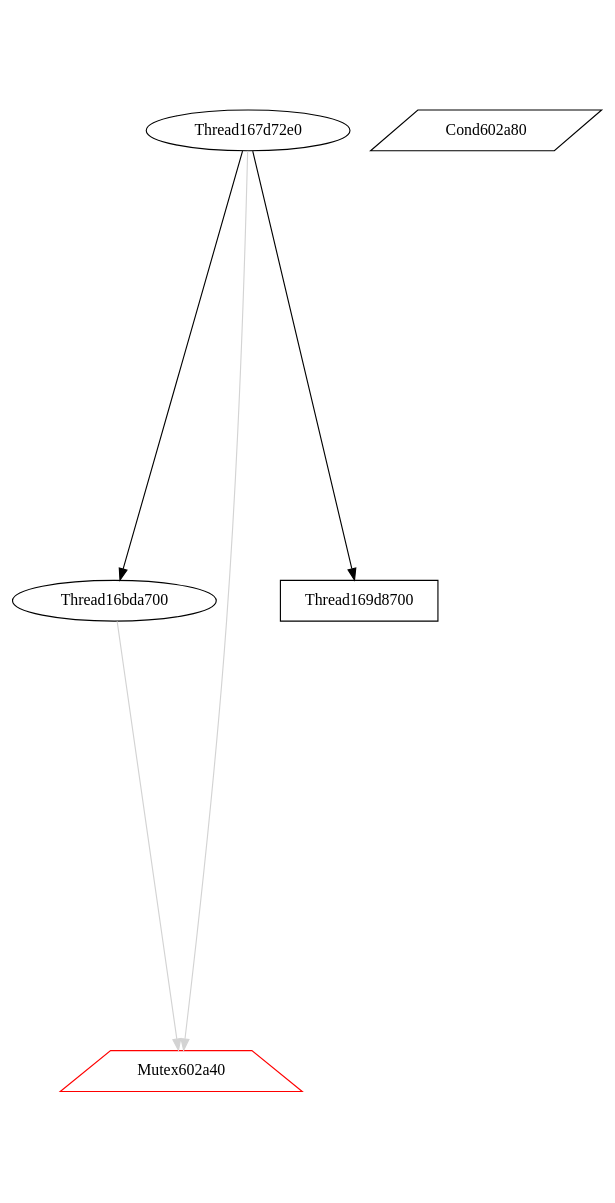
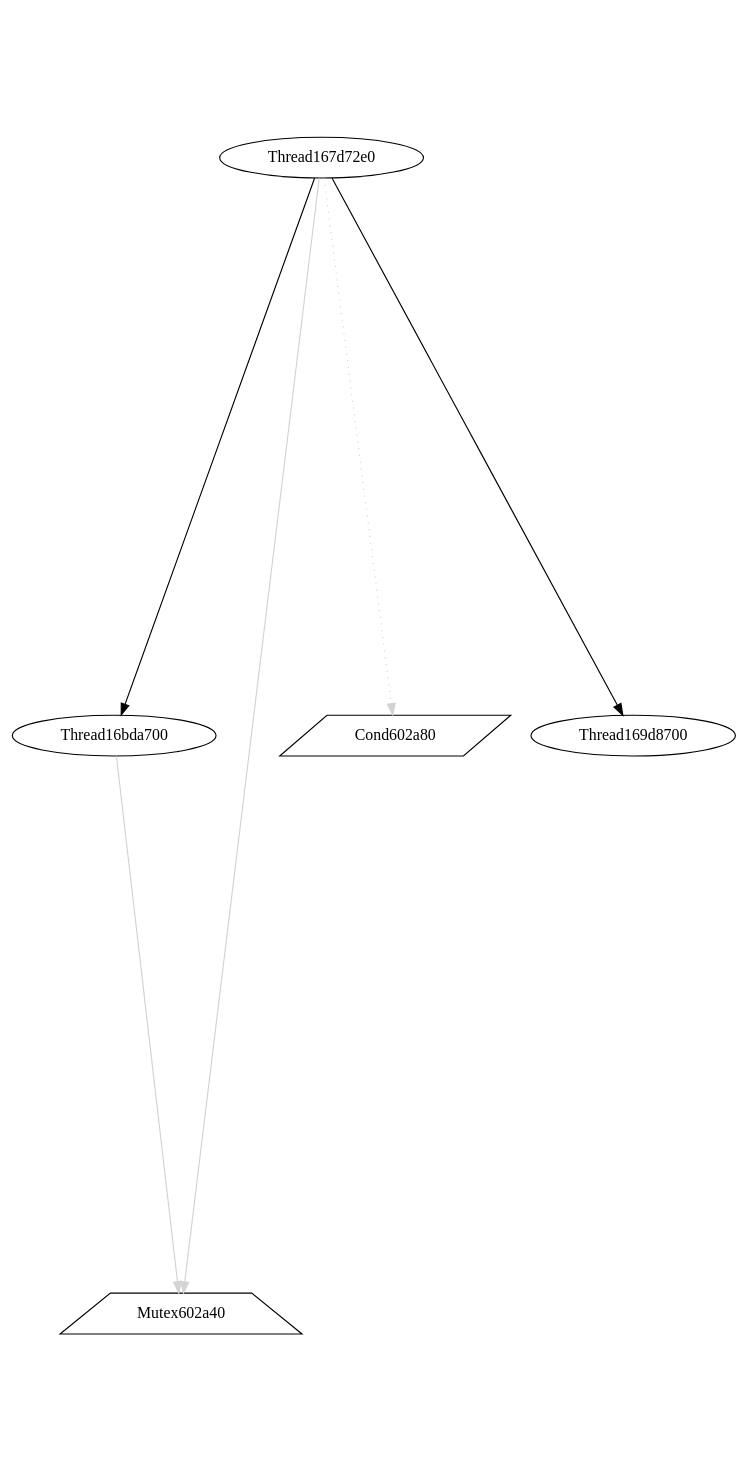
The diagram in view/dot/graph067.dot (v4o6/cs410), drawn with Graphviz before and after one commit. The commit also changed 286 other files, not shown here.

```diff
--- a/view/dot/graph067.dot
+++ b/view/dot/graph067.dot
@@ -1,10 +1,13 @@
 digraph G {
 graph[center=true, ratio=2];
+Thread16bda700 [color=black];
 Thread16bda700 -> Mutex602a40 [arrowhead=normal,color=lightgray];
-Mutex602a40 [shape=trapezium,color=red];
+Mutex602a40 [shape=trapezium,color=black];
 Cond602a80 [shape=parallelogram,color=black];
-Thread169d8700 [shape=box,color=black];
+Thread169d8700 [color=black];
+Thread167d72e0 [color=black];
 Thread167d72e0 -> Thread16bda700 [arrowhead=normal];
 Thread167d72e0 -> Mutex602a40 [arrowhead=normal,color=lightgray];
+Thread167d72e0 -> Cond602a80 [style=dotted,color=lightgray];
 Thread167d72e0 -> Thread169d8700 [arrowhead=normal];
 }
```
